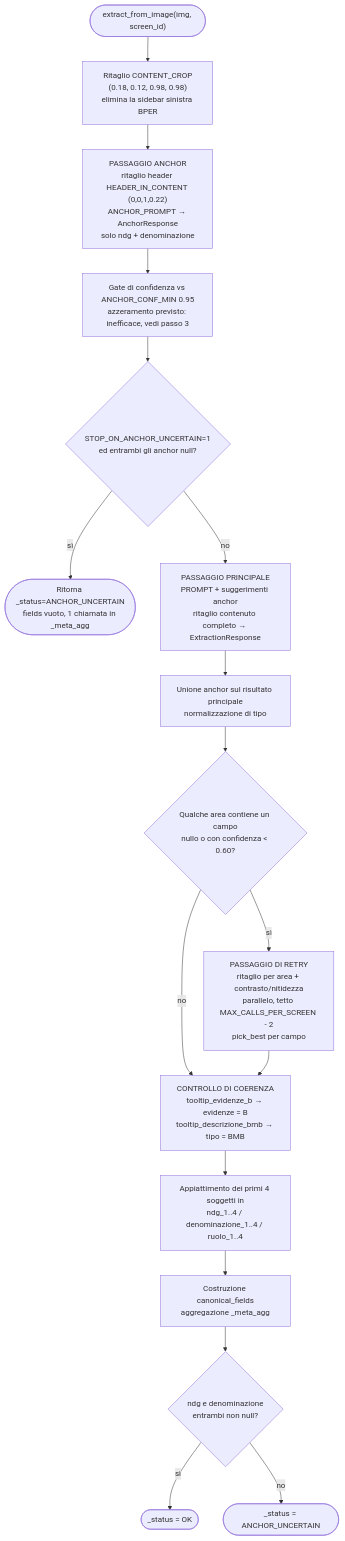
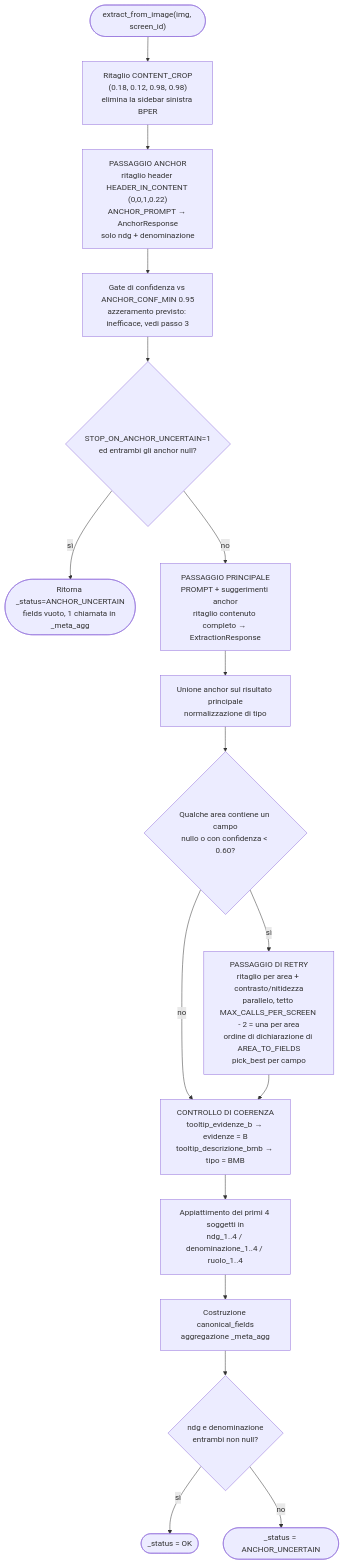
One commit to acaprino/MOL-BPER-OCR changed the first of 7 diagrams in docs/05-workflows.md. Above: the diagram before and after it, drawn with Mermaid. The commit also changed other lines of this file and 31 other files, not shown here.

````diff
--- a/docs/05-workflows.md
+++ b/docs/05-workflows.md
@@ -15,19 +15,19 @@
 ```mermaid
 flowchart TD
     Start(["extract_from_image(img, screen_id)"]) --> Crop["Ritaglio CONTENT_CROP<br/>(0.18, 0.12, 0.98, 0.98)<br/>elimina la sidebar sinistra BPER"]
     Crop --> Anchor["PASSAGGIO ANCHOR<br/>ritaglio header HEADER_IN_CONTENT (0,0,1,0.22)<br/>ANCHOR_PROMPT → AnchorResponse<br/>solo ndg + denominazione"]
     Anchor --> Gate["Gate di confidenza vs ANCHOR_CONF_MIN 0.95<br/>azzeramento previsto: inefficace, vedi passo 3"]
     Gate --> StopCheck{"STOP_ON_ANCHOR_UNCERTAIN=1<br/>ed entrambi gli anchor null?"}
     StopCheck -->|sì| EarlyExit(["Ritorna _status=ANCHOR_UNCERTAIN<br/>fields vuoto, 1 chiamata in _meta_agg"])
     StopCheck -->|no| Main["PASSAGGIO PRINCIPALE<br/>PROMPT + suggerimenti anchor<br/>ritaglio contenuto completo → ExtractionResponse"]
     Main --> Merge["Unione anchor sul risultato principale<br/>normalizzazione di tipo"]
     Merge --> RetryCheck{"Qualche area contiene un campo<br/>nullo o con confidenza < 0.60?"}
     RetryCheck -->|no| Coherence
-    RetryCheck -->|sì| Retry["PASSAGGIO DI RETRY<br/>ritaglio per area + contrasto/nitidezza<br/>parallelo, tetto MAX_CALLS_PER_SCREEN - 2<br/>pick_best per campo"]
+    RetryCheck -->|sì| Retry["PASSAGGIO DI RETRY<br/>ritaglio per area + contrasto/nitidezza<br/>parallelo, tetto MAX_CALLS_PER_SCREEN - 2 = una per area<br/>ordine di dichiarazione di AREA_TO_FIELDS<br/>pick_best per campo"]
     Retry --> Coherence["CONTROLLO DI COERENZA<br/>tooltip_evidenze_b → evidenze = B<br/>tooltip_descrizione_bmb → tipo = BMB"]
     Coherence --> Flatten["Appiattimento dei primi 4 soggetti in<br/>ndg_1..4 / denominazione_1..4 / ruolo_1..4"]
     Flatten --> Canonical["Costruzione canonical_fields<br/>aggregazione _meta_agg"]
     Canonical --> Status{"ndg e denominazione<br/>entrambi non null?"}
     Status -->|sì| OK(["_status = OK"])
     Status -->|no| Uncertain(["_status = ANCHOR_UNCERTAIN"])
 ```
````
